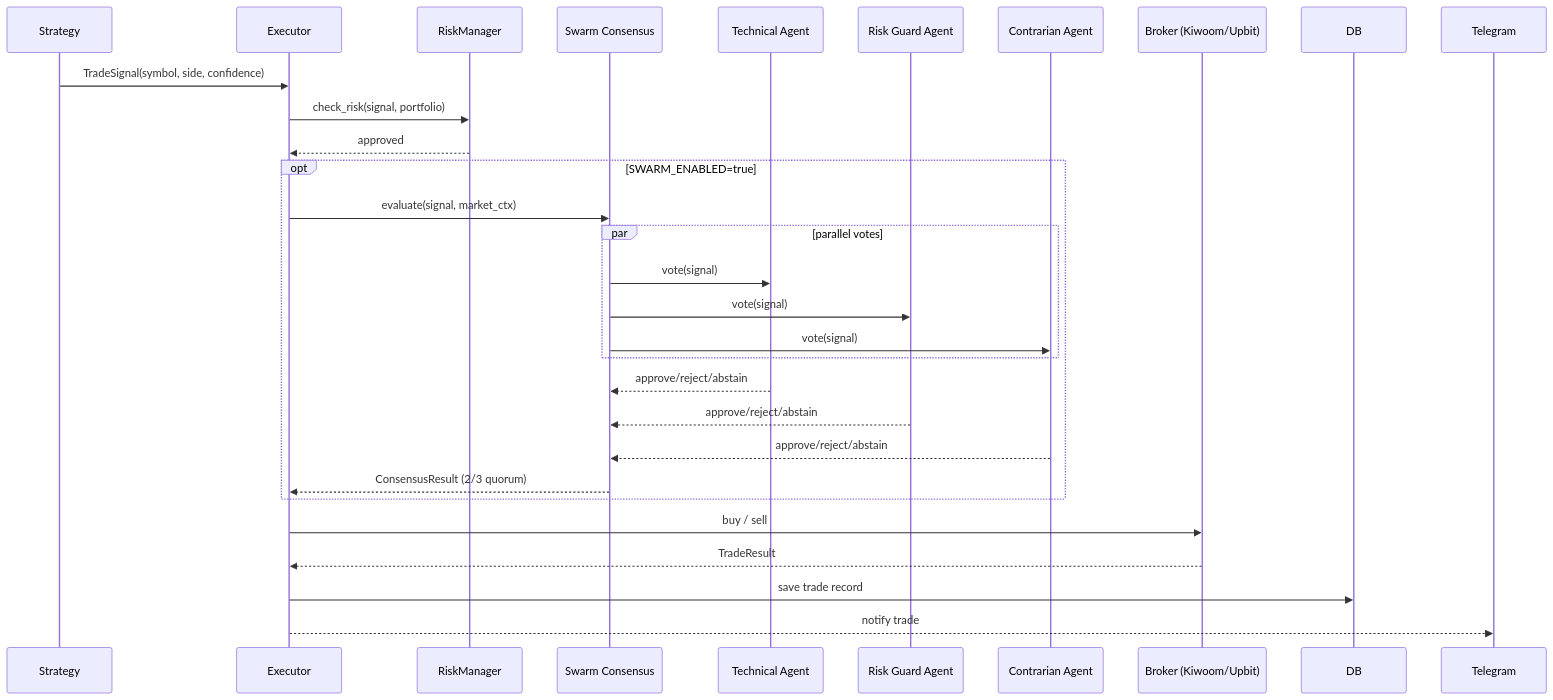
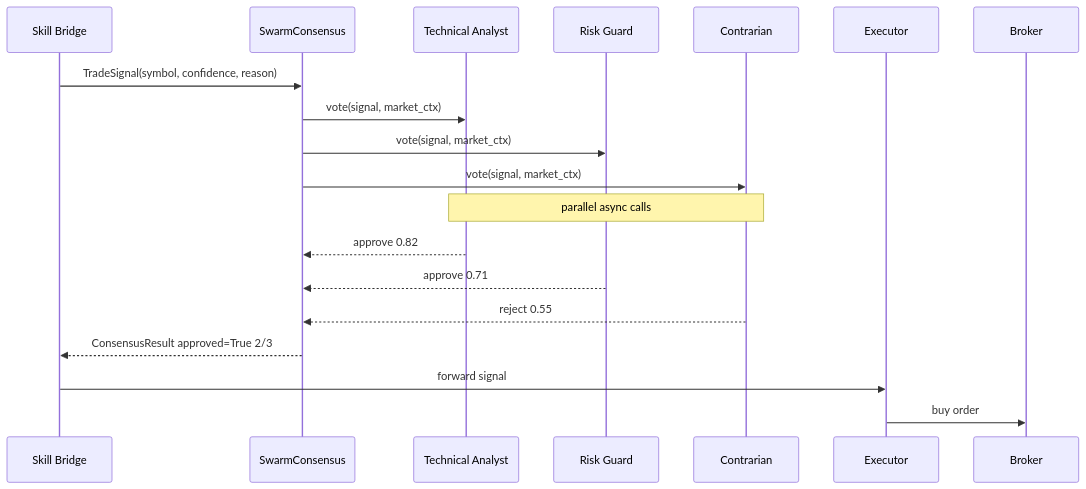
One commit to bongho/trading-system-public changed the third of 8 diagrams in README.md. Above: the diagram before and after it, drawn with Mermaid. The commit also changed other lines of this file, not shown here.

First line of the commit message:
docs: full bilingual README (EN+KO) with architecture diagrams

````diff
--- a/README.md
+++ b/README.md
@@ -79,34 +134,22 @@
 ```mermaid
 sequenceDiagram
-    participant S as Strategy
-    participant E as Executor
-    participant R as RiskManager
-    participant SW as Swarm Consensus
-    participant T as Technical Agent
-    participant RG as Risk Guard Agent
-    participant C as Contrarian Agent
-    participant B as Broker (Kiwoom/Upbit)
-    participant D as DB
+    participant SB as Skill Bridge
+    participant SW as SwarmConsensus
+    participant T as Technical Analyst
+    participant RG as Risk Guard
+    participant C as Contrarian
+    participant EX as Executor
+    participant BR as Broker
 
-    S->>E: TradeSignal(symbol, side, confidence)
-    E->>R: check_risk(signal, portfolio)
-    R-->>E: approved
-
-    opt SWARM_ENABLED=true
-        E->>SW: evaluate(signal, market_ctx)
-        par parallel votes
-            SW->>T: vote(signal)
-            SW->>RG: vote(signal)
-            SW->>C: vote(signal)
-        end
-        T-->>SW: approve/reject/abstain
-        RG-->>SW: approve/reject/abstain
-        C-->>SW: approve/reject/abstain
-        SW-->>E: ConsensusResult (2/3 quorum)
-    end
-
-    E->>B: buy / sell
-    B-->>E: TradeResult
-    E->>D: save trade record
-    E-->>Telegram: notify trade
+    SB->>SW: TradeSignal(symbol, confidence, reason)
+    SW->>T: vote(signal, market_ctx)
+    SW->>RG: vote(signal, market_ctx)
+    SW->>C: vote(signal, market_ctx)
+    Note over T,C: parallel async calls
+    T-->>SW: approve 0.82
+    RG-->>SW: approve 0.71
+    C-->>SW: reject 0.55
+    SW-->>SB: ConsensusResult approved=True 2/3
+    SB->>EX: forward signal
+    EX->>BR: buy order
 ```
````
